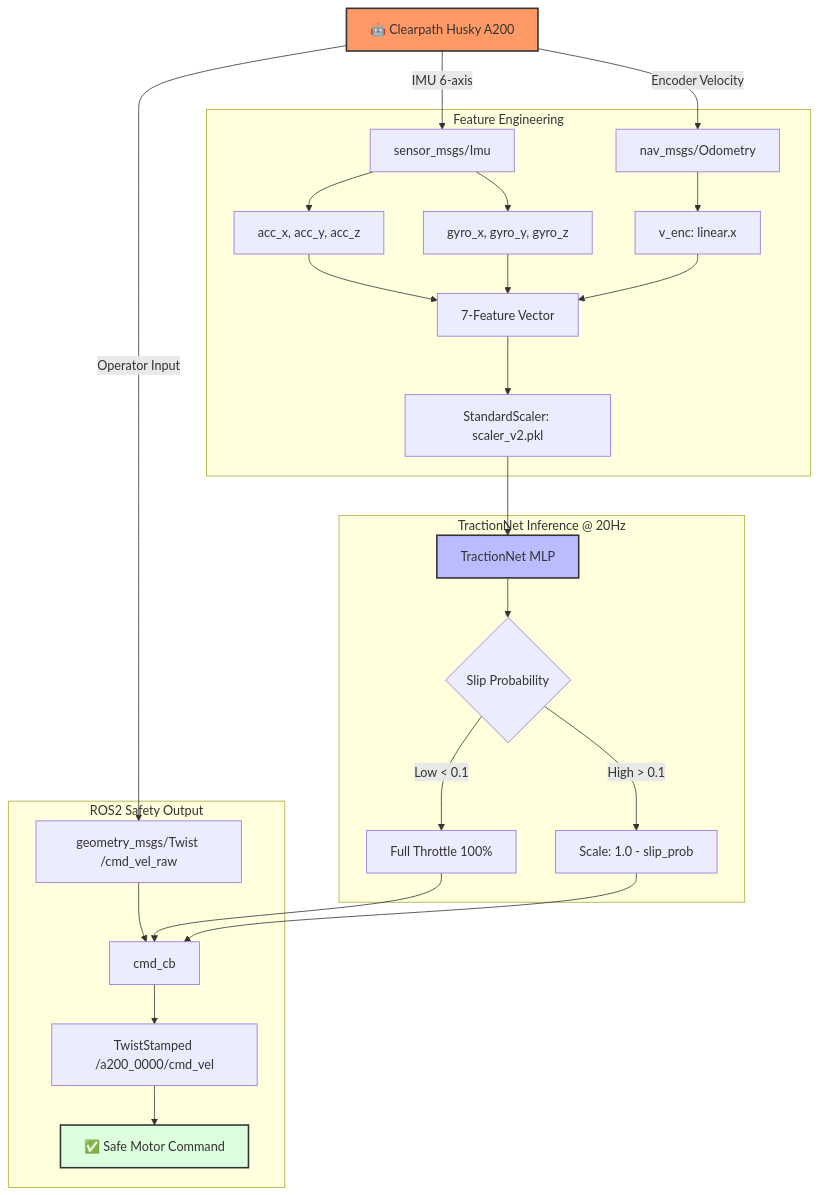
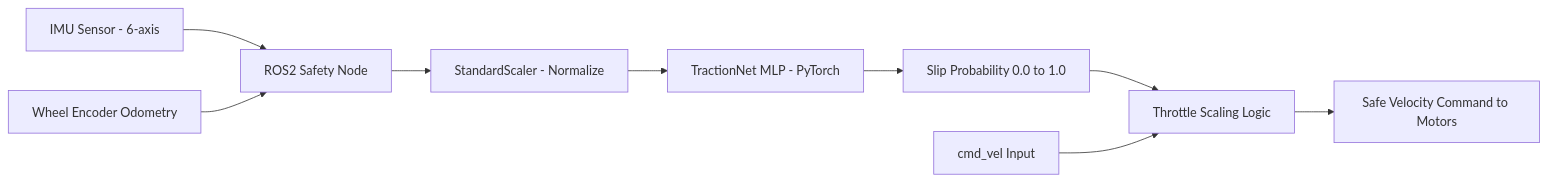
One commit to Rhutvik-pachghare1999/NeuroTraction changed the diagram in README.md. Above: the diagram before and after it, drawn with Mermaid. The commit also changed other lines of this file, not shown here.

First line of the commit message:
docs: expand README with architecture diagram, ROS2 topics table, test coverage, and author badges

````diff
--- a/README.md
+++ b/README.md
@@ -38,32 +44,11 @@
 ```mermaid
-graph TD
-    A[🤖 Clearpath Husky A200] -->|IMU 6-axis| B[sensor_msgs/Imu]
-    A -->|Encoder Velocity| C[nav_msgs/Odometry]
-    A -->|Operator Input| D[geometry_msgs/Twist /cmd_vel_raw]
-
-    subgraph "Feature Engineering"
-    B --> E[acc_x, acc_y, acc_z]
-    B --> F[gyro_x, gyro_y, gyro_z]
-    C --> G[v_enc: linear.x]
-    E & F & G --> H[7-Feature Vector]
-    H --> I[StandardScaler: scaler_v2.pkl]
-    end
-
-    subgraph "TractionNet Inference @ 20Hz"
-    I --> J[TractionNet MLP]
-    J --> K{Slip Probability}
-    K -->|Low < 0.1| L[Full Throttle 100%]
-    K -->|High > 0.1| M[Scale: 1.0 - slip_prob]
-    end
-
-    subgraph "ROS2 Safety Output"
-    D --> N[cmd_cb]
-    L & M --> N
-    N --> O[TwistStamped /a200_0000/cmd_vel]
-    O --> P[✅ Safe Motor Command]
-    end
-
-    style A fill:#f96,stroke:#333,stroke-width:2px
-    style J fill:#bbf,stroke:#333,stroke-width:2px
-    style P fill:#dfd,stroke:#333,stroke-width:2px
+graph LR
+    A[IMU Sensor - 6-axis] --> D[ROS2 Safety Node]
+    B[Wheel Encoder Odometry] --> D
+    D --> E[StandardScaler - Normalize]
+    E --> F[TractionNet MLP - PyTorch]
+    F --> G[Slip Probability 0.0 to 1.0]
+    G --> H[Throttle Scaling Logic]
+    H --> I[Safe Velocity Command to Motors]
+    C[cmd_vel Input] --> H
 ```
````
